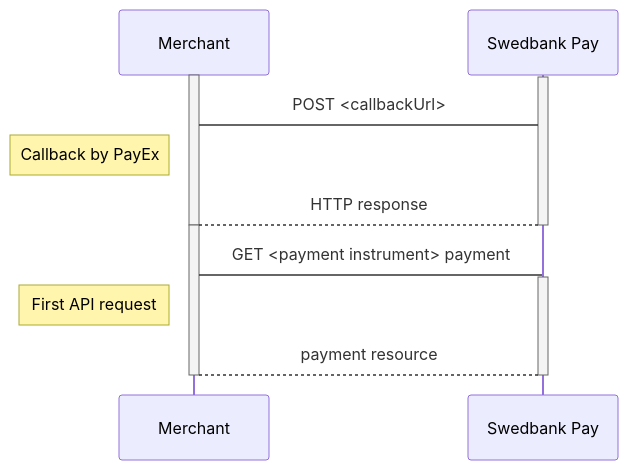
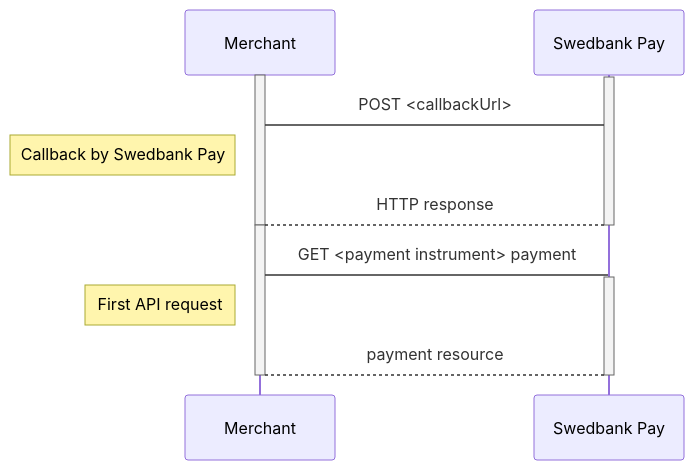
The second of 2 diagrams in checkout/other-features.md (SwedbankPay/developer.swedbankpay.com), drawn with Mermaid before and after one commit. The commit also changed other lines of this file, not shown here.

Commit message:
DX-363 Fix a few occurences of PayEx

````diff
--- a/checkout/other-features.md
+++ b/checkout/other-features.md
@@ -1278,20 +1278,20 @@
 ```mermaid
 sequenceDiagram
     participant Merchant
     participant SwedbankPay as Swedbank Pay
     activate Merchant
         activate SwedbankPay
             SwedbankPay->Merchant: POST <callbackUrl>
-            note left of Merchant: Callback by PayEx
+            note left of Merchant: Callback by Swedbank Pay
             Merchant-->SwedbankPay: HTTP response
         deactivate SwedbankPay
     deactivate Merchant
 
     activate Merchant
         Merchant->SwedbankPay: GET <payment instrument> payment
         activate SwedbankPay
             note left of Merchant: First API request
             SwedbankPay-->Merchant: payment resource
         deactivate SwedbankPay
     deactivate Merchant
 ```
````
